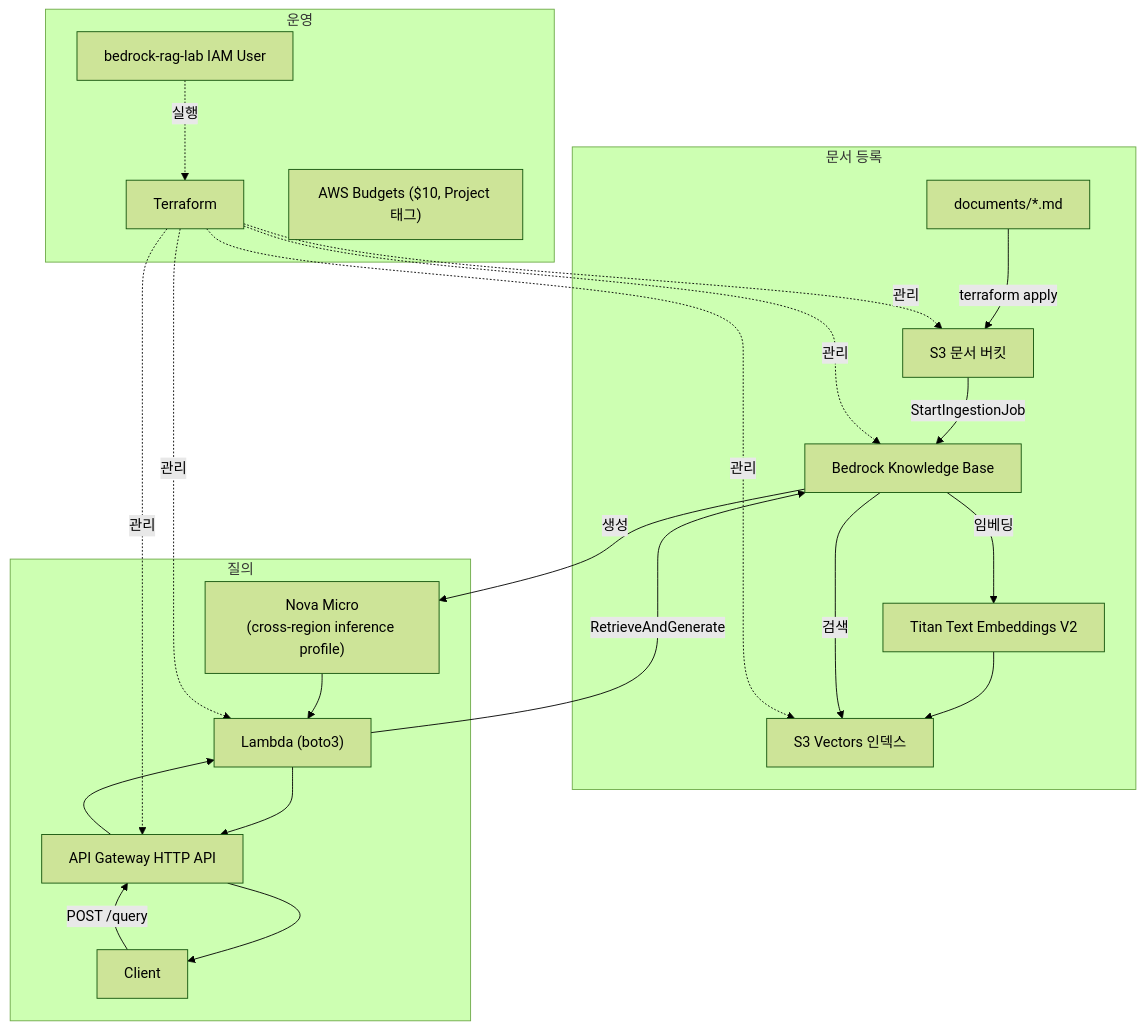
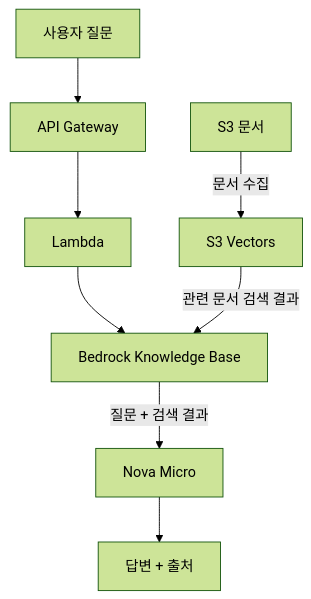
Before and after one commit to Yamang02/bedrock-rag-lab: the diagram in README.md, drawn with Mermaid (forest theme). The commit also changed other lines of this file and 6 other files, not shown here.

````diff
--- a/README.md
+++ b/README.md
@@ -16,24 +16,11 @@
 ```mermaid
 flowchart TD
-    subgraph Ingestion["문서 등록"]
-        DOC["documents/*.md"] -->|terraform apply| S3DOC[S3 문서 버킷]
-        S3DOC -->|StartIngestionJob| KB[Bedrock Knowledge Base]
-        KB -->|임베딩| TITAN[Titan Text Embeddings V2]
-        TITAN --> VEC[S3 Vectors 인덱스]
-    end
+    USER[사용자 질문] --> API[API Gateway]
+    API --> LAMBDA[Lambda]
+    LAMBDA --> KB[Bedrock Knowledge Base]
+    KB -->|질문 + 검색 결과| LLM[Nova Micro]
+    LLM --> RESPONSE[답변 + 출처]
 
-    subgraph Query["질의"]
-        CLIENT[Client] -->|"POST /query"| APIGW[API Gateway HTTP API]
-        APIGW --> LAMBDA["Lambda (boto3)"]
-        LAMBDA -->|RetrieveAndGenerate| KB
-        KB -->|검색| VEC
-        KB -->|생성| NOVA["Nova Micro<br/>(cross-region inference profile)"]
-        NOVA --> LAMBDA --> APIGW --> CLIENT
-    end
-
-    subgraph Ops["운영"]
-        TF[Terraform] -.관리.-> S3DOC & KB & VEC & LAMBDA & APIGW
-        USER["bedrock-rag-lab IAM User"] -.실행.-> TF
-        BUDGET["AWS Budgets ($10, Project 태그)"]
-    end
+    S3[S3 문서] -->|문서 수집| VECTOR[S3 Vectors]
+    VECTOR -->|관련 문서 검색 결과| KB
 ```
````
